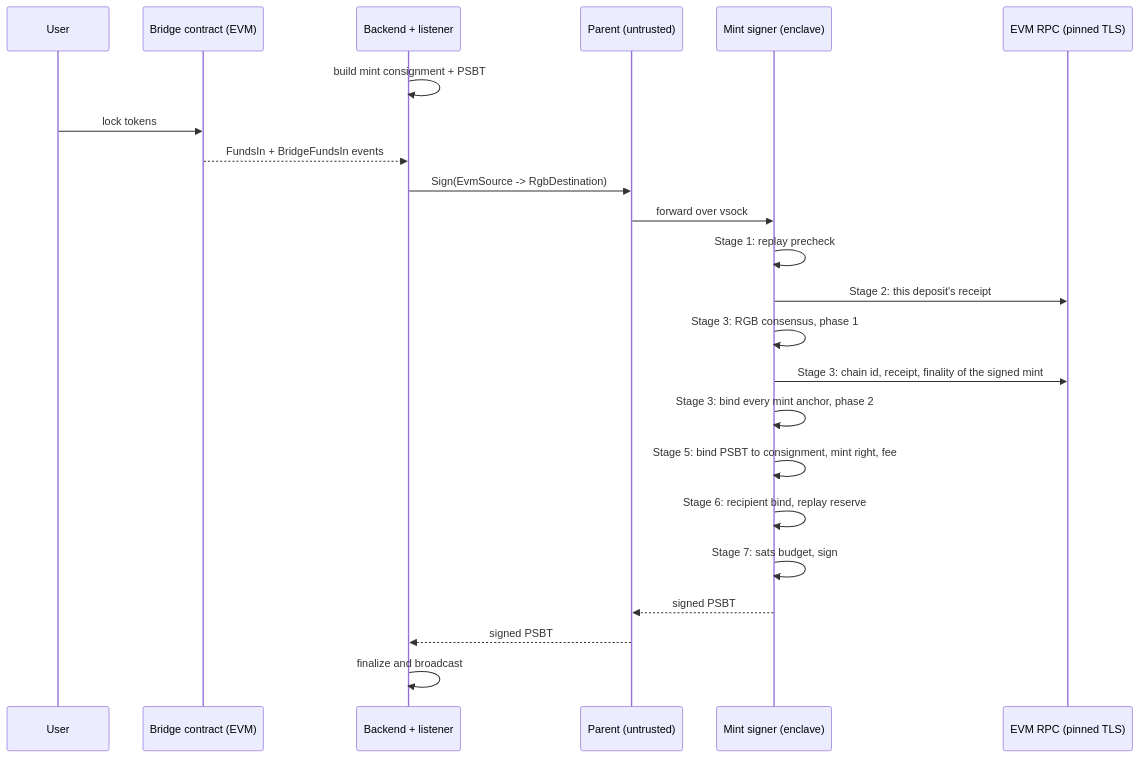
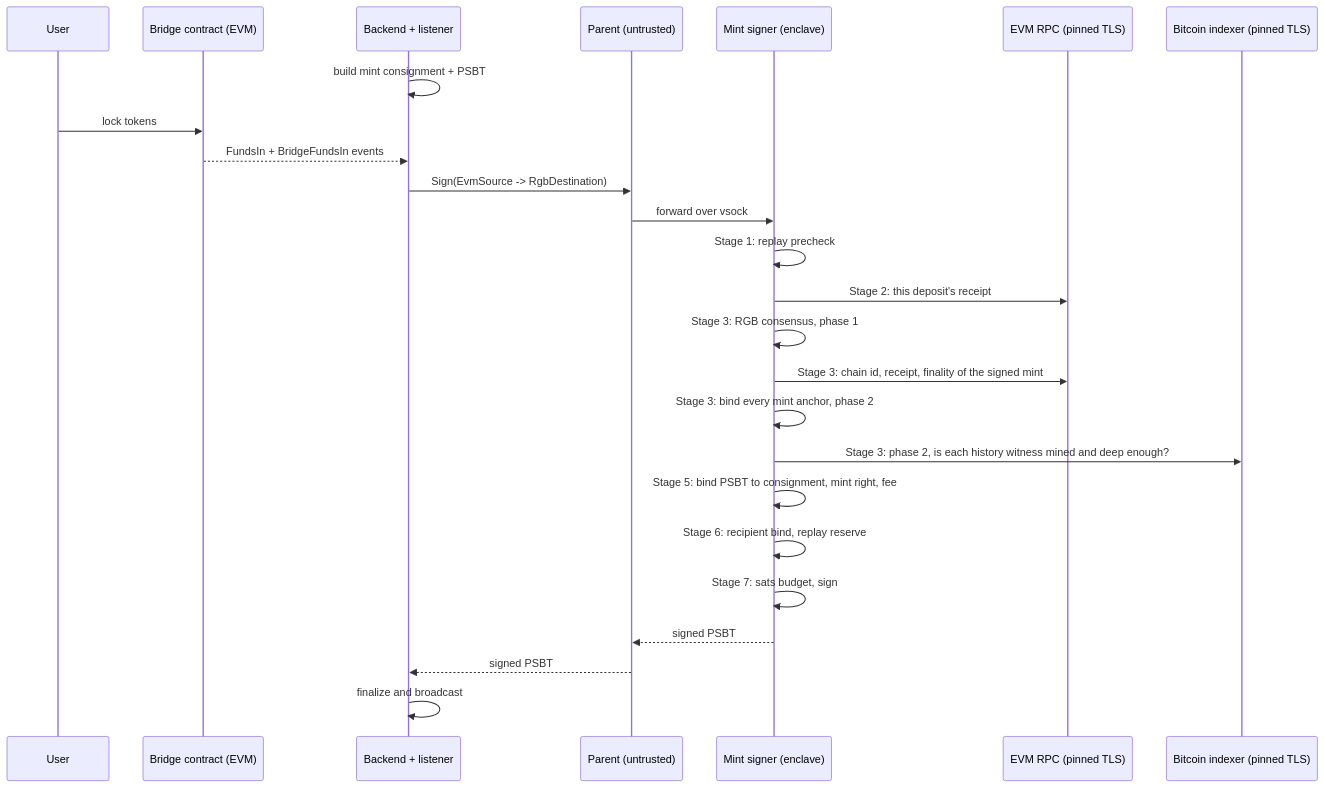
One commit to UTEXO-Protocol/enclave-signer changed the diagram in docs/mint-flow.md. Above: the diagram before and after it, drawn with Mermaid. The commit also changed other lines of this file and 48 other files, not shown here.

````diff
--- a/docs/mint-flow.md
+++ b/docs/mint-flow.md
@@ -48,26 +75,28 @@
 ```mermaid
 sequenceDiagram
     participant U as User
     participant C as Bridge contract (EVM)
     participant L as Backend + listener
     participant P as Parent (untrusted)
     participant E as Mint signer (enclave)
     participant R as EVM RPC (pinned TLS)
+    participant I as Bitcoin indexer (pinned TLS)
 
     L->>L: build mint consignment + PSBT
     U->>C: lock tokens
     C-->>L: FundsIn + BridgeFundsIn events
     L->>P: Sign(EvmSource -> RgbDestination)
     P->>E: forward over vsock
     E->>E: Stage 1: replay precheck
     E->>R: Stage 2: this deposit's receipt
     E->>E: Stage 3: RGB consensus, phase 1
     E->>R: Stage 3: chain id, receipt, finality of the signed mint
     E->>E: Stage 3: bind every mint anchor, phase 2
+    E->>I: Stage 3: phase 2, is each history witness mined and deep enough?
     E->>E: Stage 5: bind PSBT to consignment, mint right, fee
     E->>E: Stage 6: recipient bind, replay reserve
     E->>E: Stage 7: sats budget, sign
     E-->>P: signed PSBT
     P-->>L: signed PSBT
     L->>L: finalize and broadcast
 ```
````
